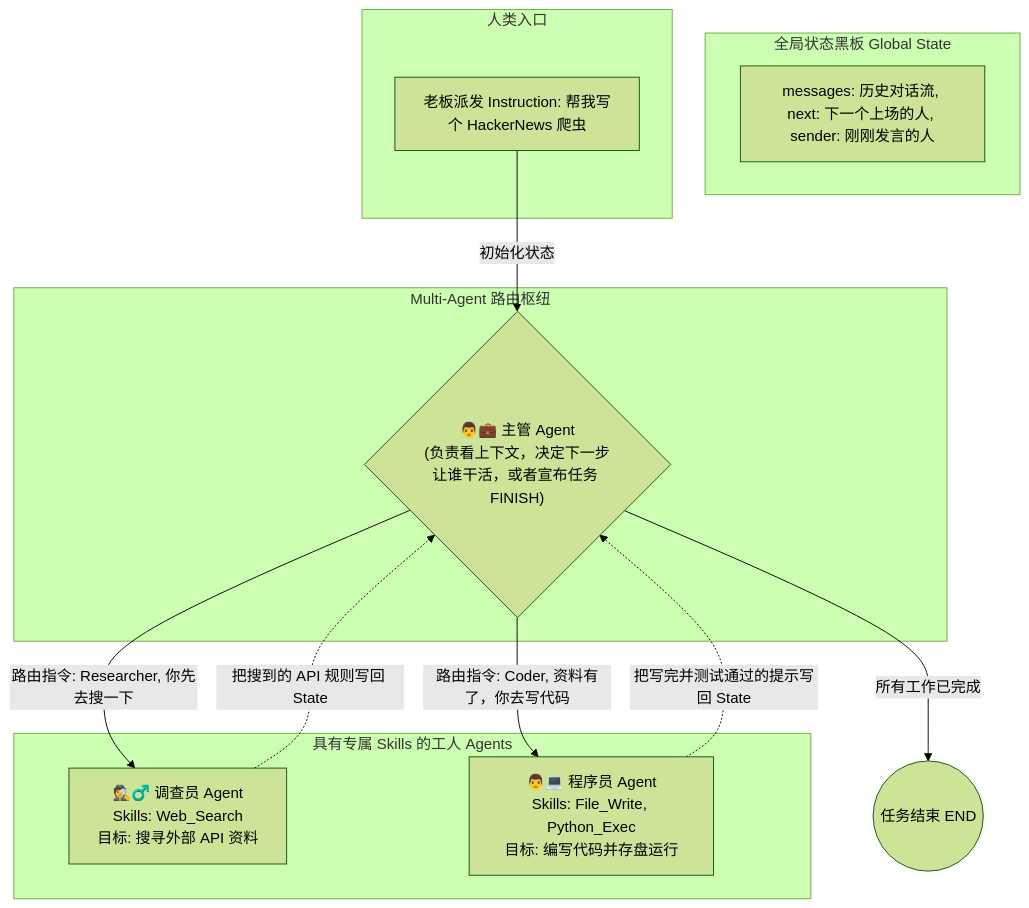
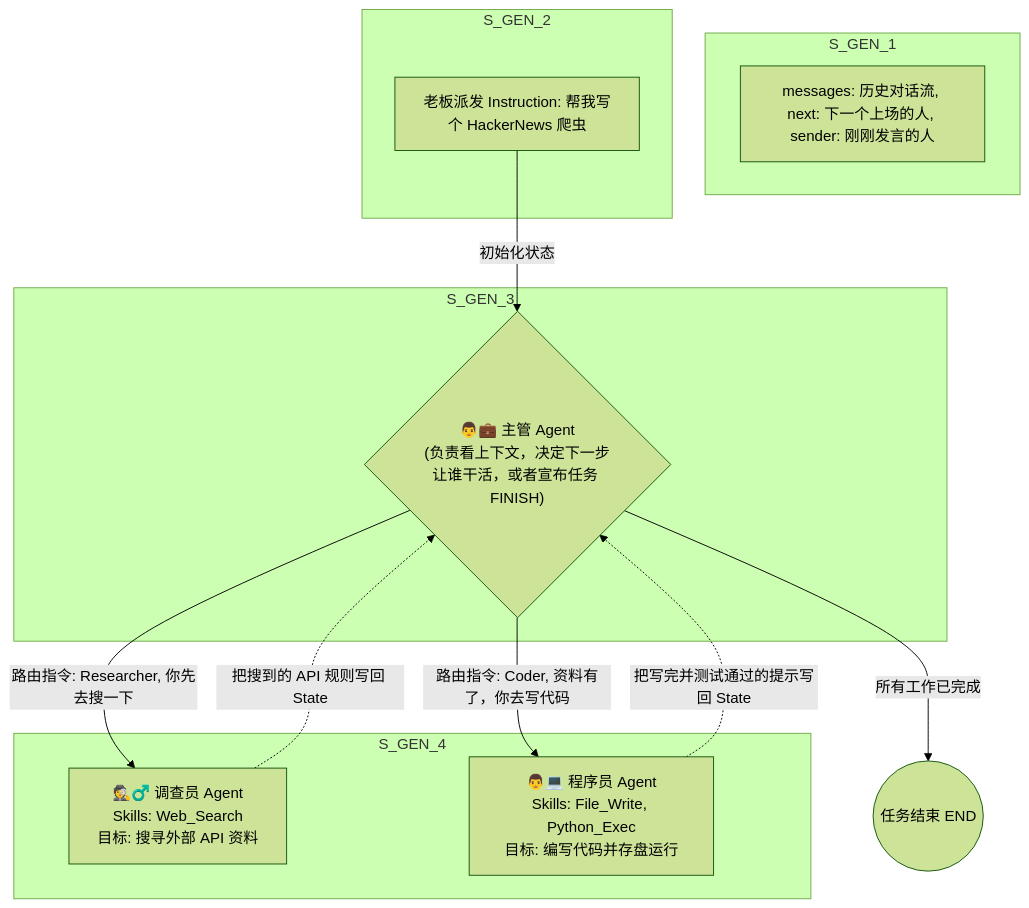
Before and after one commit to thisisjayden/ai-learning: the diagram in learn_path/03_3_Module_3_Capstone_Project.md, drawn with Mermaid (forest theme). The commit also changed 9 other files, not shown here.

Commit message:
fix: remove all custom titles from Mermaid subgraphs to bypass GitHub parsing errors

````diff
--- a/learn_path/03_3_Module_3_Capstone_Project.md
+++ b/learn_path/03_3_Module_3_Capstone_Project.md
@@ -19,28 +19,28 @@
 ```mermaid
 graph TD
-    subgraph S_GEN_1 [全局状态黑板 Global State]
+    subgraph S_GEN_1
         S["messages: 历史对话流, next: 下一个上场的人, sender: 刚刚发言的人"]
     end
 
-    subgraph S_GEN_2 [人类入口]
+    subgraph S_GEN_2
         User["老板派发 Instruction: 帮我写个 HackerNews 爬虫"]
     end
 
-    subgraph S_GEN_3 [Multi-Agent 路由枢纽]
+    subgraph S_GEN_3
         Supervisor{"👨💼 主管 Agent<br>(负责看上下文，决定下一步让谁干活，或者宣布任务 FINISH)"}
     end
 
-    subgraph S_GEN_4 [具有专属 Skills 的工人 Agents]
+    subgraph S_GEN_4
         Researcher["🕵️♂️ 调查员 Agent<br>Skills: Web_Search<br>目标: 搜寻外部 API 资料"]
         Coder["👨💻 程序员 Agent<br>Skills: File_Write, Python_Exec<br>目标: 编写代码并存盘运行"]
     end
 
     User -- "初始化状态" --> Supervisor
     Supervisor -- "路由指令: Researcher, 你先去搜一下" --> Researcher
     Researcher -. "把搜到的 API 规则写回 State" .-> Supervisor
     
     Supervisor -- "路由指令: Coder, 资料有了，你去写代码" --> Coder
     Coder -. "把写完并测试通过的提示写回 State" .-> Supervisor
     
     Supervisor -- "所有工作已完成" --> FINISH(("任务结束 END"))
 ```
````
